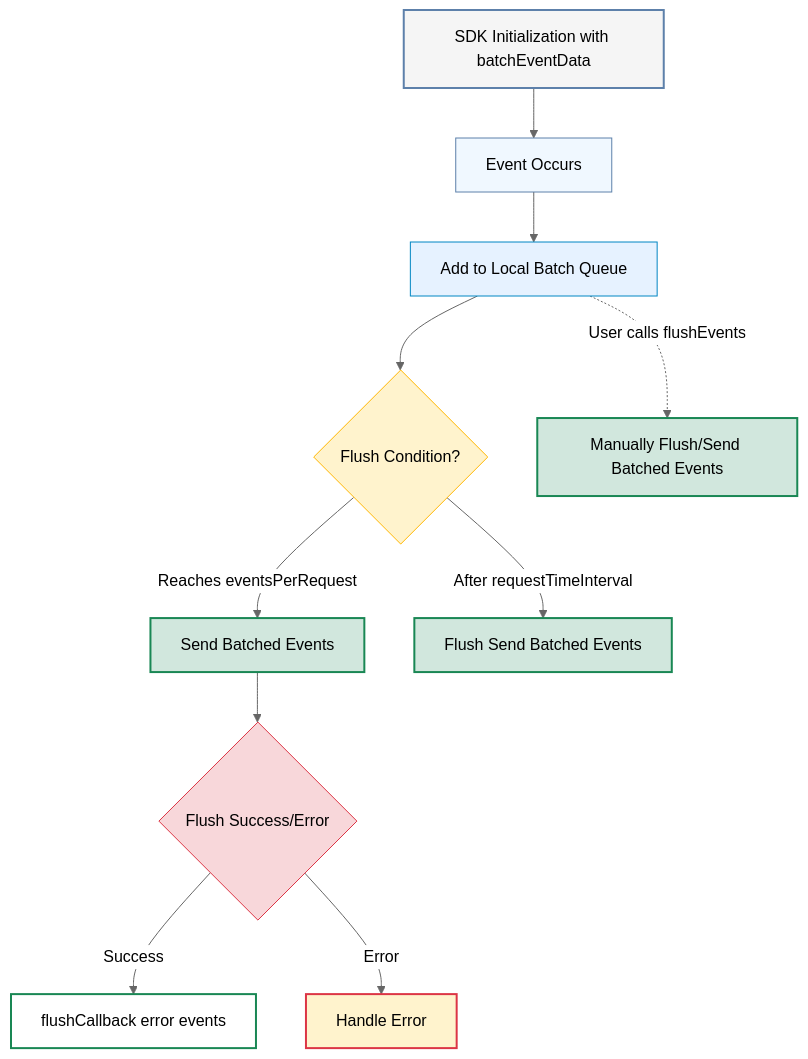
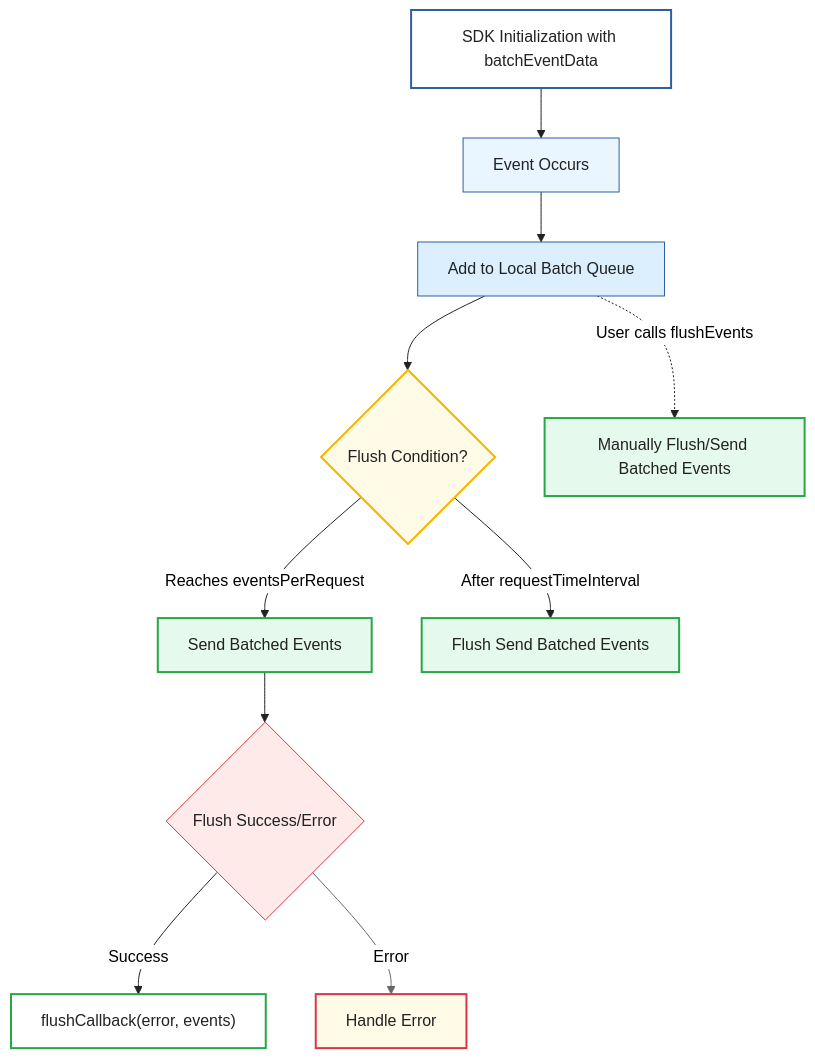
The diagram in docs/Concepts/wip-rd-event-batching-copy.md (wingify/readme-central), drawn with Mermaid (neutral theme) before and after one commit.

Commit message:
Update doc `wip-rd-event-batching-copy`

````diff
--- a/docs/Concepts/wip-rd-event-batching-copy.md
+++ b/docs/Concepts/wip-rd-event-batching-copy.md
@@ -159,30 +159,30 @@
 ```mermaid
 flowchart TD
-    A[SDK Initialization with batchEventData] --> B[Event Occurs]
-    B --> C[Add to Local Batch Queue]
+    A["SDK Initialization with batchEventData"] --> B["Event Occurs"]
+    B --> C["Add to Local Batch Queue"]
 
     %% Automatic Flushing triggers
-    C --> D1{Flush Condition?}
-    D1 -->|Reaches eventsPerRequest| E1[Send Batched Events]
-    D1 -->|After requestTimeInterval| E2[Flush Send Batched Events]
+    C --> D1{"Flush Condition?"}
+    D1 -->|"Reaches eventsPerRequest"| E1["Send Batched Events"]
+    D1 -->|"After requestTimeInterval"| E2["Flush Send Batched Events"]
 
     %% Manual Flush
-    C -.->|User calls flushEvents| E3[Manually Flush/Send Batched Events]
+    C -.->|"User calls flushEvents"| E3["Manually Flush/Send Batched Events"]
 
-    E1 --> F1{Flush Success/Error}
-    F1 -->|Success| G[flushCallback error events]
-    F1 -->|Error| H[Handle Error]
+    E1 --> F1{"Flush Success/Error"}
+    F1 -->|"Success"| G["flushCallback(error, events)"]
+    F1 -->|"Error"| H["Handle Error"]
 
     %% Notes
-    style A fill:#f5f5f5,stroke:#5D80AA,stroke-width:2px
-    style B fill:#f0f8ff,stroke:#5D80AA,stroke-width:1px
-    style C fill:#e6f2ff,stroke:#0086c3,stroke-width:1px
-    style D1 fill:#fff3cd,stroke:#ffb600,stroke-width:1px
-    style E1 fill:#d1e7dd,stroke:#198754,stroke-width:2px
-    style E2 fill:#d1e7dd,stroke:#198754,stroke-width:2px
-    style E3 fill:#d1e7dd,stroke:#198754,stroke-width:2px
-    style F1 fill:#f8d7da,stroke:#dc3545,stroke-width:1px
-    style G fill:#fff,stroke:#198754,stroke-width:2px
-    style H fill:#fff3cd,stroke:#dc3545,stroke-width:2px
-
+    style A fill:#ffffff,stroke:#2d5fa4,stroke-width:2px,color:#222
+    style B fill:#eaf6ff,stroke:#2d5fa4,stroke-width:1px,color:#222
+    style C fill:#dbefff,stroke:#2d5fa4,stroke-width:1px,color:#222
+    style D1 fill:#fffbe6,stroke:#f7b500,stroke-width:2px,color:#222
+    style E1 fill:#e6f9ed,stroke:#28a745,stroke-width:2px,color:#222
+    style E2 fill:#e6f9ed,stroke:#28a745,stroke-width:2px,color:#222
+    style E3 fill:#e6f9ed,stroke:#28a745,stroke-width:2px,color:#222
+    style F1 fill:#ffeaea,stroke:#dc3545,stroke-width:1px,color:#222
+    style G fill:#ffffff,stroke:#28a745,stroke-width:2px,color:#222
+    style H fill:#fffbe6,stroke:#dc3545,stroke-width:2px,color:#222
+    linkStyle 0,1,2,3,4,5,6,7 stroke:#222,stroke-width:1px
 ```
````
